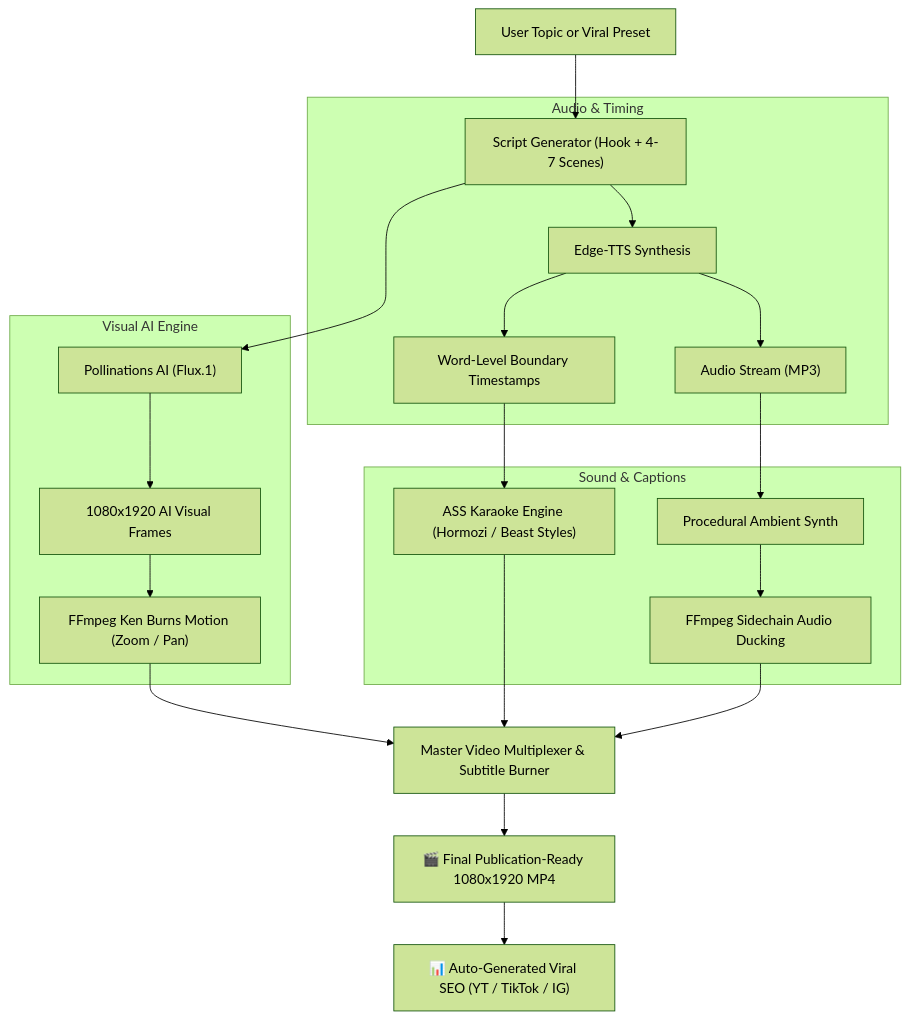
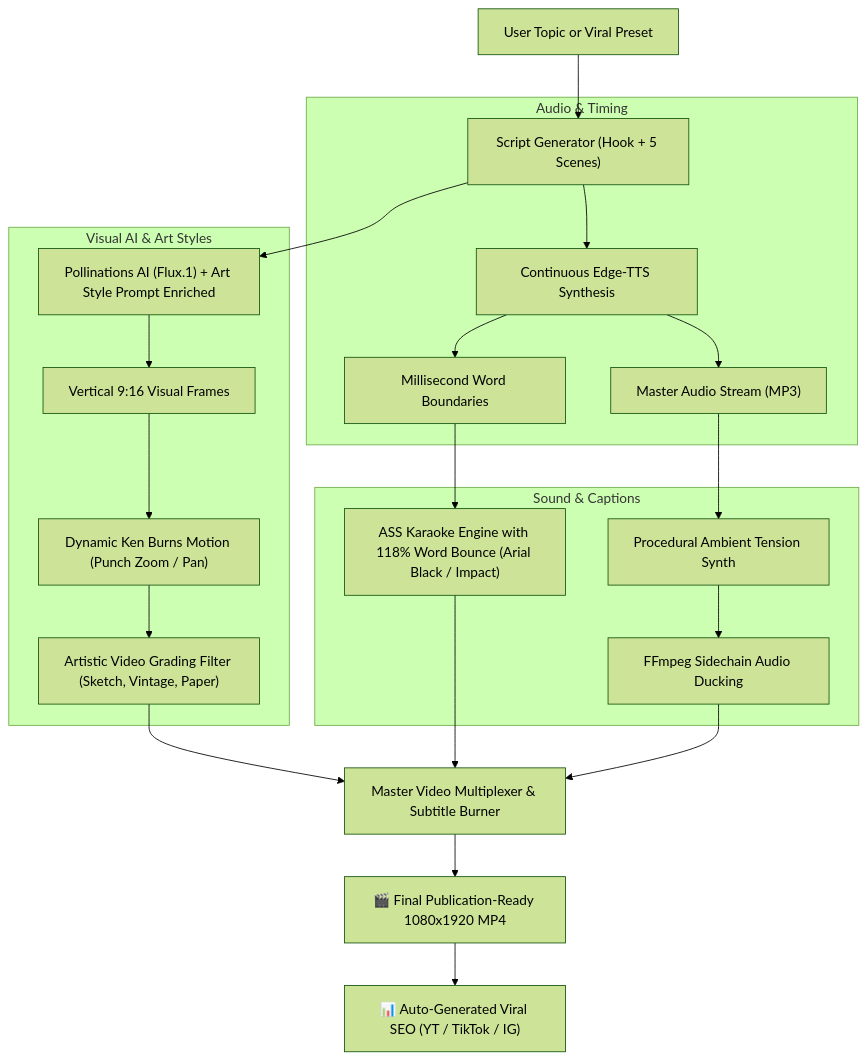
Before and after one commit to su6osec/faceless-shorts: the diagram in README.md, drawn with Mermaid (forest theme). The commit also changed other lines of this file and 13 other files, not shown here.

Commit message:
feat: add fitness niche, dynamic topic builder, sketch/vintage/papercraft art styles, 118% word bounce and frame-accurate sync

````diff
--- a/README.md
+++ b/README.md
@@ -37,28 +37,29 @@
 ```mermaid
 flowchart TD
-    A["User Topic or Viral Preset"] --> B["Script Generator (Hook + 4-7 Scenes)"]
+    A["User Topic or Viral Preset"] --> B["Script Generator (Hook + 5 Scenes)"]
     
     subgraph S1["Audio & Timing"]
-        B --> C["Edge-TTS Synthesis"]
-        C --> D["Audio Stream (MP3)"]
-        C --> E["Word-Level Boundary Timestamps"]
+        B --> C["Continuous Edge-TTS Synthesis"]
+        C --> D["Master Audio Stream (MP3)"]
+        C --> E["Millisecond Word Boundaries"]
     end
 
-    subgraph S2["Visual AI Engine"]
-        B --> F["Pollinations AI (Flux.1)"]
-        F --> G["1080x1920 AI Visual Frames"]
-        G --> H["FFmpeg Ken Burns Motion (Zoom / Pan)"]
+    subgraph S2["Visual AI & Art Styles"]
+        B --> F["Pollinations AI (Flux.1) + Art Style Prompt Enriched"]
+        F --> G["Vertical 9:16 Visual Frames"]
+        G --> H["Dynamic Ken Burns Motion (Punch Zoom / Pan)"]
+        H --> I["Artistic Video Grading Filter (Sketch, Vintage, Paper)"]
     end
 
     subgraph S3["Sound & Captions"]
-        E --> I["ASS Karaoke Engine (Hormozi / Beast Styles)"]
-        D --> J["Procedural Ambient Synth"]
-        J --> K["FFmpeg Sidechain Audio Ducking"]
+        E --> J["ASS Karaoke Engine with 118% Word Bounce (Arial Black / Impact)"]
+        D --> K["Procedural Ambient Tension Synth"]
+        K --> L["FFmpeg Sidechain Audio Ducking"]
     end
 
-    H --> L["Master Video Multiplexer & Subtitle Burner"]
-    I --> L
-    K --> L
-    L --> M["🎬 Final Publication-Ready 1080x1920 MP4"]
-    M --> N["📊 Auto-Generated Viral SEO (YT / TikTok / IG)"]
+    I --> M["Master Video Multiplexer & Subtitle Burner"]
+    J --> M
+    L --> M
+    M --> N["🎬 Final Publication-Ready 1080x1920 MP4"]
+    N --> O["📊 Auto-Generated Viral SEO (YT / TikTok / IG)"]
 ```
````
